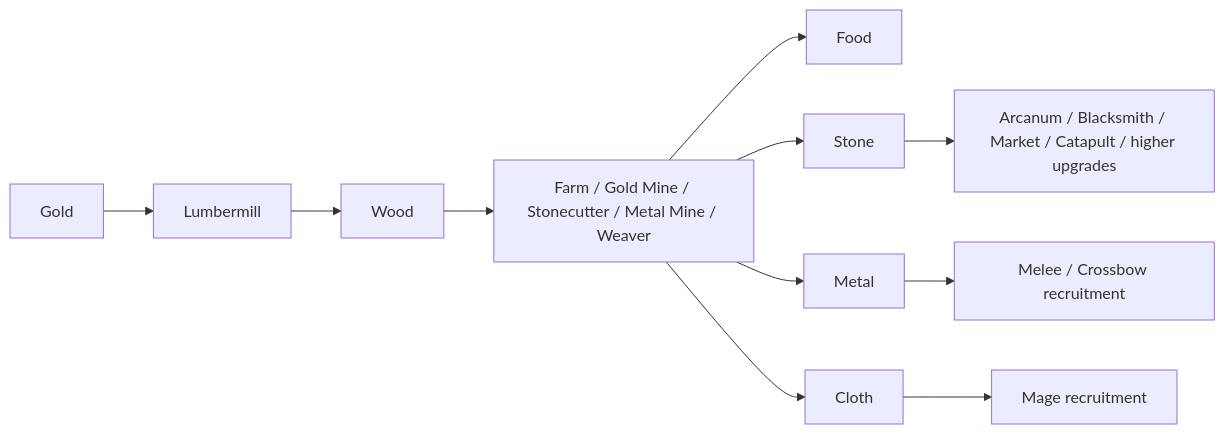
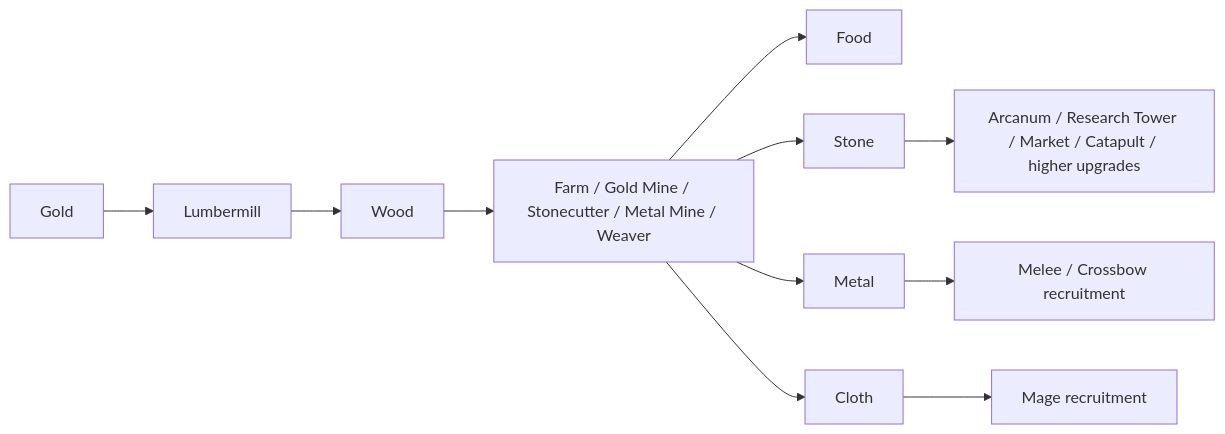
One commit to seraph1nia/odot-game changed the diagram in docs/gameplay.md. Above: the diagram before and after it, drawn with Mermaid. The commit also changed other lines of this file and 58 other files, not shown here.

````diff
--- a/docs/gameplay.md
+++ b/docs/gameplay.md
@@ -27,13 +27,13 @@
 ```mermaid
 flowchart LR
     G[Gold] --> L[Lumbermill]
     L --> W[Wood]
     W --> P[Farm / Gold Mine / Stonecutter / Metal Mine / Weaver]
     P --> F[Food]
     P --> S[Stone]
     P --> M[Metal]
     P --> C[Cloth]
     M --> A[Melee / Crossbow recruitment]
     C --> B[Mage recruitment]
-    S --> H[Arcanum / Blacksmith / Market / Catapult / higher upgrades]
+    S --> H[Arcanum / Research Tower / Market / Catapult / higher upgrades]
 ```
````
